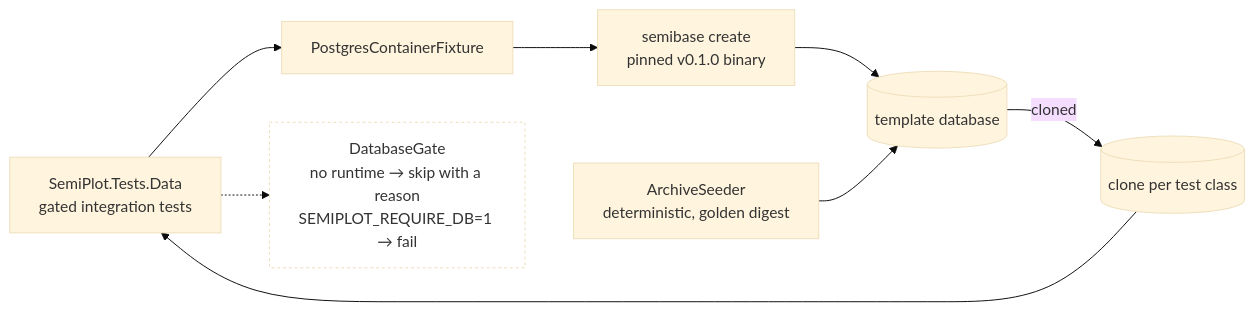
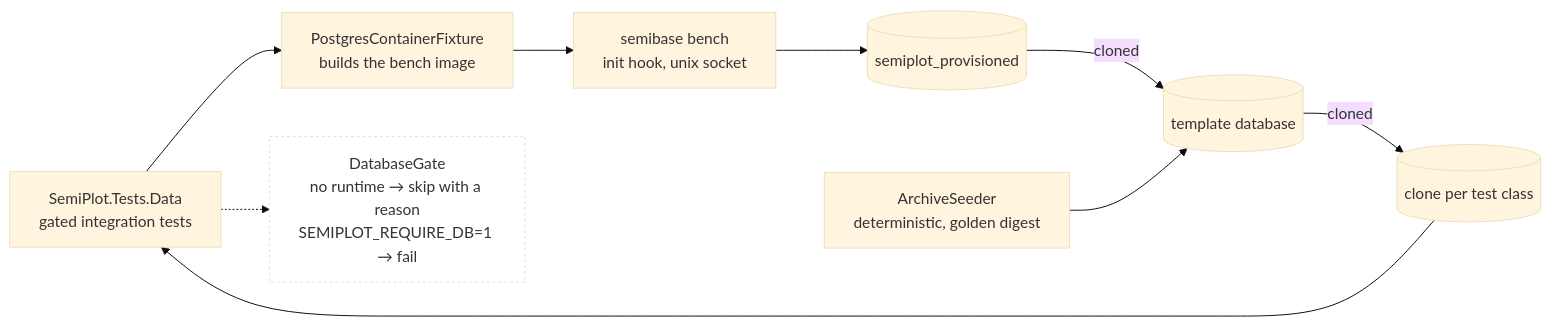
The fifth of 5 diagrams in docs/architecture/postgres-topology.md (Semiteq/SemiPlot), drawn with Mermaid (base theme) before and after one commit. The commit also changed other lines of this file and 40 other files, not shown here.

````diff
--- a/docs/architecture/postgres-topology.md
+++ b/docs/architecture/postgres-topology.md
@@ -169,19 +175,21 @@
 ```mermaid
 flowchart LR
     tests["SemiPlot.Tests.Data<br/>gated integration tests"]
-    fix["PostgresContainerFixture"]
-    sb["semibase create<br/>pinned v0.1.0 binary"]
+    fix["PostgresContainerFixture<br/>builds the bench image"]
+    sb["semibase bench<br/>init hook, unix socket"]
+    src[("semiplot_provisioned")]
     seed["ArchiveSeeder<br/>deterministic, golden digest"]
     tmpl[("template database")]
     clone[("clone per test class")]
 
-    tests --> fix --> sb --> tmpl
+    tests --> fix --> sb --> src
+    src -- "cloned" --> tmpl
     seed --> tmpl
     tmpl -- "cloned" --> clone
     clone --> tests
 
     gate["DatabaseGate<br/>no runtime → skip with a reason<br/>SEMIPLOT_REQUIRE_DB=1 → fail"]
     tests -.-> gate
 
     style gate fill:none,stroke-dasharray:3 3
 ```
````
